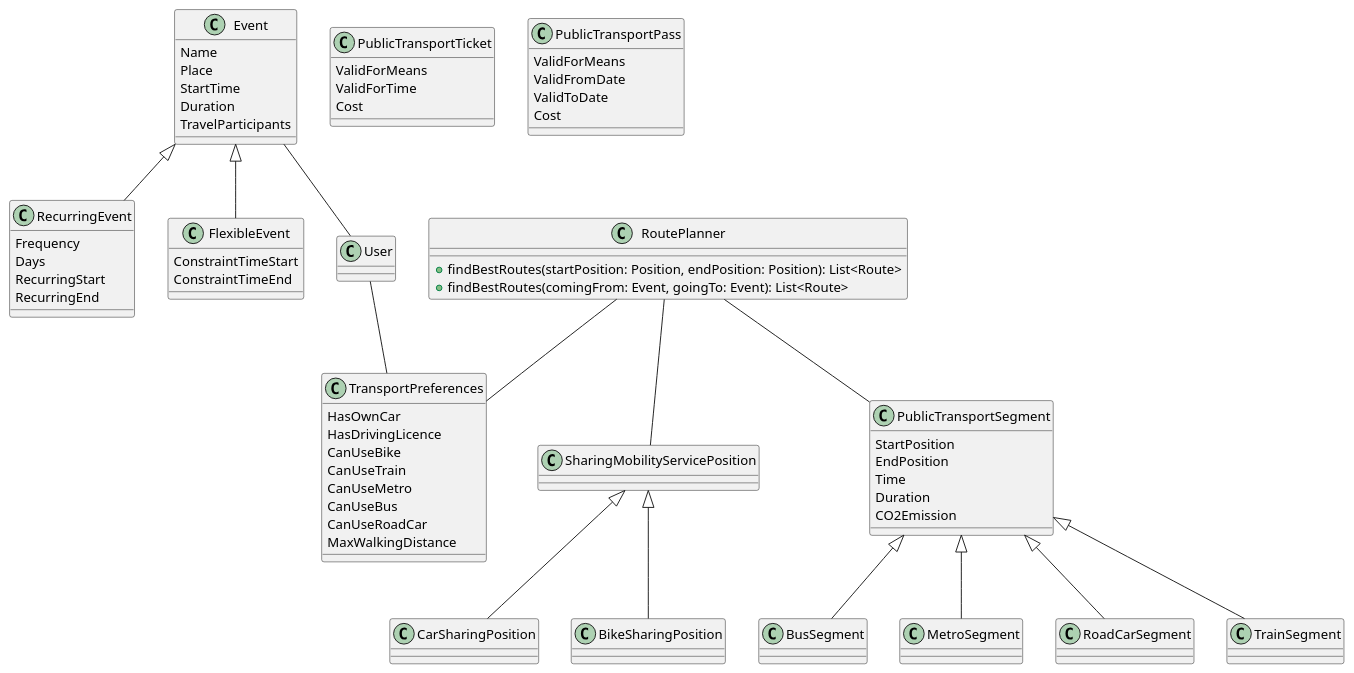
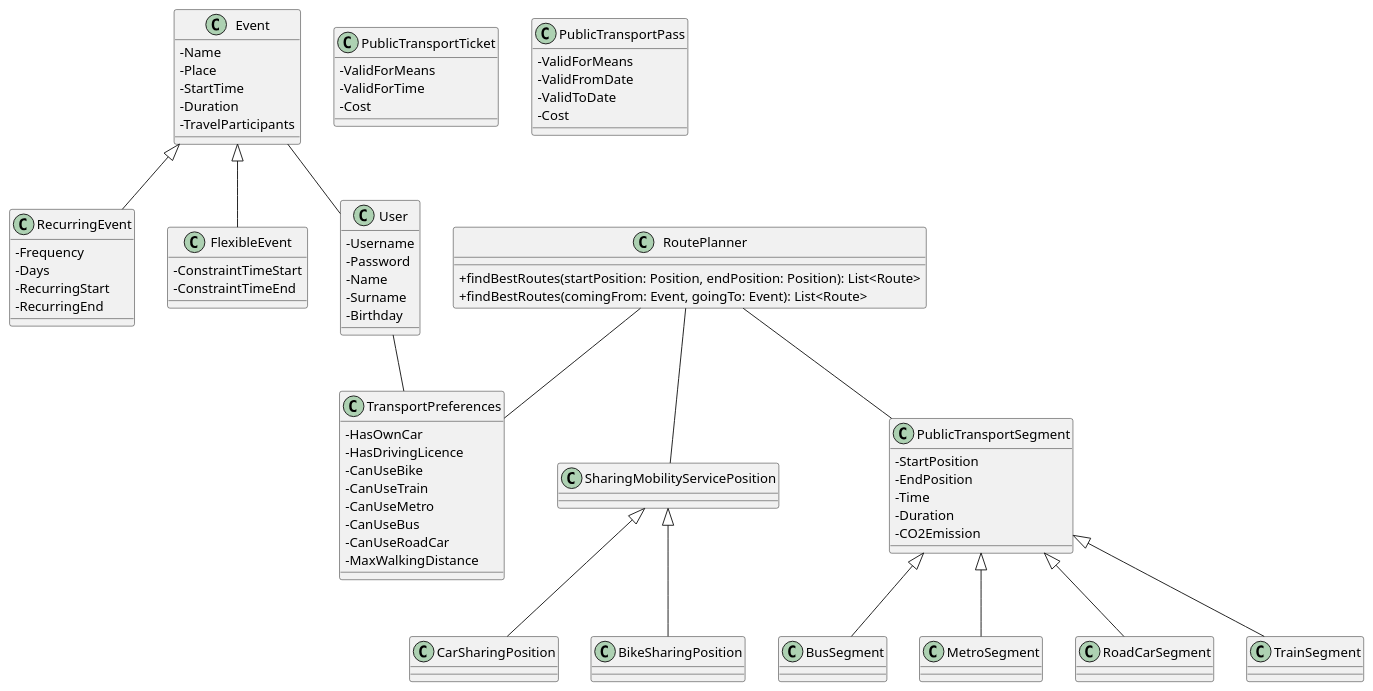
One commit to fcremo/AlfonsoCarsenzuolaCremonese-ingsw2 changed the diagram in rasd/class_diagram.plantuml. Above: the diagram before and after it, drawn with PlantUML.

Commit message:
update class diagram

```diff
--- a/rasd/class_diagram.plantuml
+++ b/rasd/class_diagram.plantuml
@@ -1,86 +1,95 @@
 @startuml
+
+skinparam classAttributeIconSize 0
 
 Event <|-- RecurringEvent
 Event <|-- FlexibleEvent
 Event -- User
 
 User -- TransportPreferences
 
-class User
+class User {
+    - Username
+    - Password
+    - Name
+    - Surname
+    - Birthday
+}
+
 class TransportPreferences {
-    HasOwnCar
-    HasDrivingLicence
-    CanUseBike
-    CanUseTrain
-    CanUseMetro
-    CanUseBus
-    CanUseRoadCar
-    MaxWalkingDistance
+    - HasOwnCar
+    - HasDrivingLicence
+    - CanUseBike
+    - CanUseTrain
+    - CanUseMetro
+    - CanUseBus
+    - CanUseRoadCar
+    - MaxWalkingDistance
 }
 
 class Event {
-    Name
-    Place
-    StartTime
-    Duration
-    TravelParticipants
+    - Name
+    - Place
+    - StartTime
+    - Duration
+    - TravelParticipants
 }
 class RecurringEvent {
-    Frequency
-    Days
-    RecurringStart
-    RecurringEnd
+    - Frequency
+    - Days
+    - RecurringStart
+    - RecurringEnd
 }
 class FlexibleEvent {
-    ConstraintTimeStart
-    ConstraintTimeEnd
+    - ConstraintTimeStart
+    - ConstraintTimeEnd
 }
 
 SharingMobilityServicePosition <|-- CarSharingPosition
 SharingMobilityServicePosition <|-- BikeSharingPosition
 
 class SharingMobilityServicePosition
 class CarSharingPosition 
 class BikeSharingPosition
 
 PublicTransportSegment <|-- BusSegment
 PublicTransportSegment <|-- MetroSegment
 PublicTransportSegment <|-- RoadCarSegment
 PublicTransportSegment <|-- TrainSegment
 
 class PublicTransportSegment {
-    StartPosition
-    EndPosition
-    Time
-    Duration
-    CO2Emission
+    - StartPosition
+    - EndPosition
+    - Time
+    - Duration
+    - CO2Emission
 }
 
 class BusSegment
 class MetroSegment
 class RoadCarSegment
 class TrainSegment
 
 class PublicTransportTicket {
-    ValidForMeans
-    ValidForTime
-    Cost
+    - ValidForMeans
+    - ValidForTime
+    - Cost
 }
 
 class PublicTransportPass {
-    ValidForMeans
-    ValidFromDate
-    ValidToDate
-    Cost
+    - ValidForMeans
+    - ValidFromDate
+    - ValidToDate
+    - Cost
 }
 
 RoutePlanner -- PublicTransportSegment
 RoutePlanner -- SharingMobilityServicePosition
 RoutePlanner -- TransportPreferences
 class RoutePlanner {
     + findBestRoutes(startPosition: Position, endPosition: Position): List<Route>
     + findBestRoutes(comingFrom: Event, goingTo: Event): List<Route>
 }
 
 
 @enduml
```
